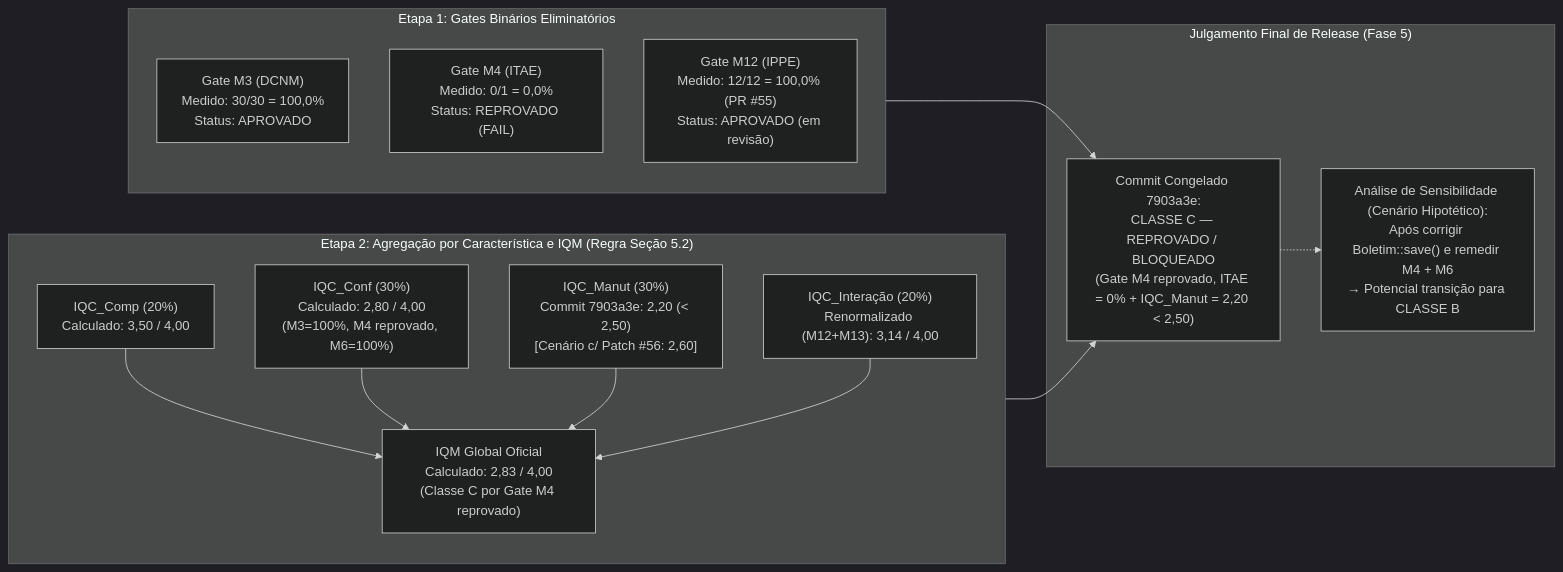
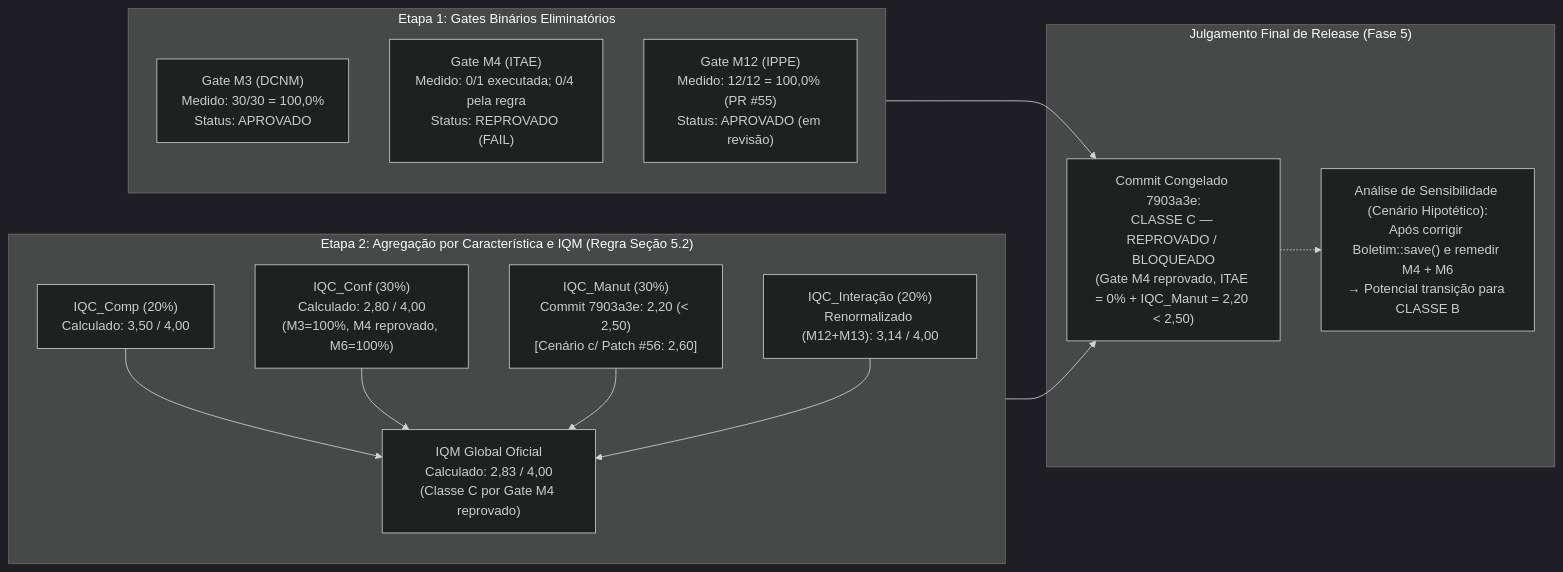
Before and after one commit to FCTE-Qualidade-de-Software-1/2026-2_T02_GRACE_HOPPER: the second of 2 diagrams in docs/plano_medicao_testes.md, drawn with Mermaid (dark theme). The commit also changed other lines of this file and 4 other files, not shown here.

Commit message:
docs: registrar o ITAE da M4 como 0/1 executada e 0/4 pela regra do denominador - #48

````diff
--- a/docs/plano_medicao_testes.md
+++ b/docs/plano_medicao_testes.md
@@ -358,26 +358,26 @@
 ```mermaid
 flowchart LR
     subgraph ETAPA1["Etapa 1: Gates Binários Eliminatórios"]
         M3_G["Gate M3 (DCNM)<br/>Medido: 30/30 = 100,0%<br/>Status: APROVADO"]
-        M4_G["Gate M4 (ITAE)<br/>Medido: 0/1 = 0,0%<br/>Status: REPROVADO (FAIL)"]
+        M4_G["Gate M4 (ITAE)<br/>Medido: 0/1 executada; 0/4 pela regra<br/>Status: REPROVADO (FAIL)"]
         M12_G["Gate M12 (IPPE)<br/>Medido: 12/12 = 100,0% (PR #55)<br/>Status: APROVADO (em revisão)"]
     end
 
     subgraph ETAPA2["Etapa 2: Agregação por Característica e IQM (Regra Seção 5.2)"]
         IQC1["IQC_Comp (20%)<br/>Calculado: 3,50 / 4,00"]
         IQC2["IQC_Conf (30%)<br/>Calculado: 2,80 / 4,00<br/>(M3=100%, M4 reprovado, M6=100%)"]
         IQC3["IQC_Manut (30%)<br/>Commit 7903a3e: 2,20 (&lt; 2,50)<br/>[Cenário c/ Patch #56: 2,60]"]
         IQC4["IQC_Interação (20%)<br/>Renormalizado (M12+M13): 3,14 / 4,00"]
         IQM_BOX["IQM Global Oficial<br/>Calculado: 2,83 / 4,00<br/>(Classe C por Gate M4 reprovado)"]
         IQC1 & IQC2 & IQC3 & IQC4 --> IQM_BOX
     end
 
     subgraph DECISAO["Julgamento Final de Release (Fase 5)"]
         VEREDITO["Commit Congelado 7903a3e:<br/>CLASSE C — REPROVADO / BLOQUEADO<br/>(Gate M4 reprovado, ITAE = 0% + IQC_Manut = 2,20 &lt; 2,50)"]
         CENARIO["Análise de Sensibilidade (Cenário Hipotético):<br/>Após corrigir Boletim::save() e remedir M4 + M6<br/>→ Potencial transição para CLASSE B"]
         VEREDITO -.-> CENARIO
     end
 
     ETAPA1 --> VEREDITO
     ETAPA2 --> VEREDITO
 ```
````
